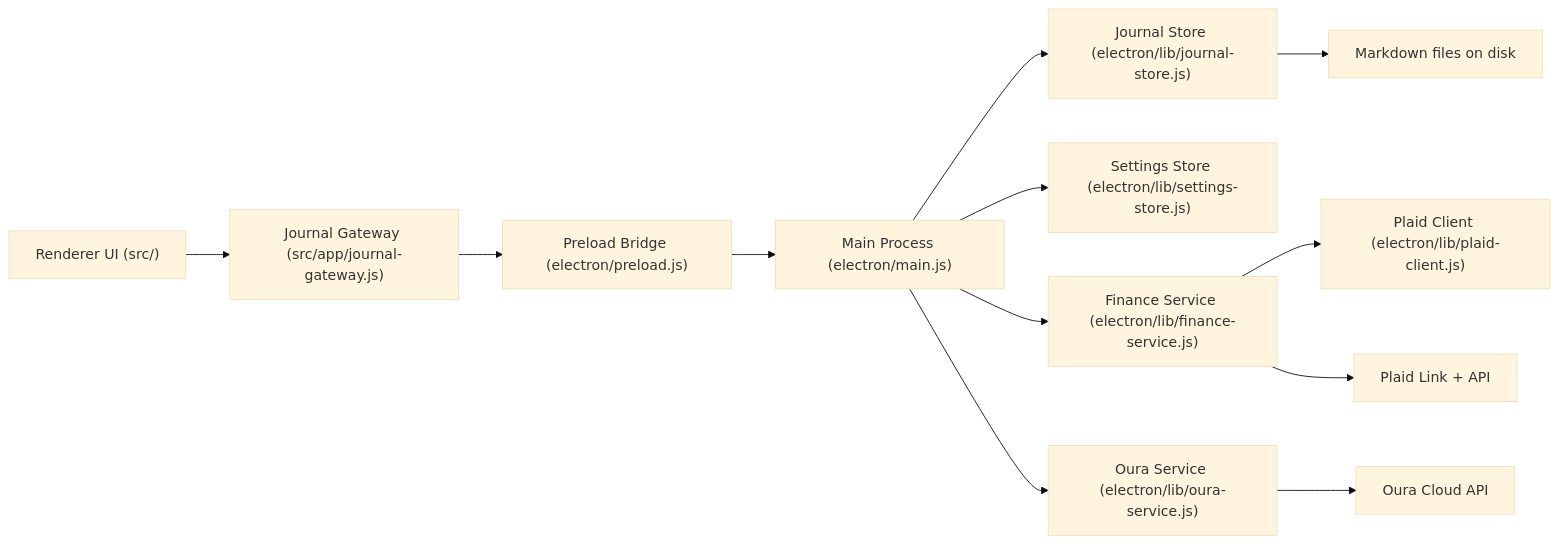
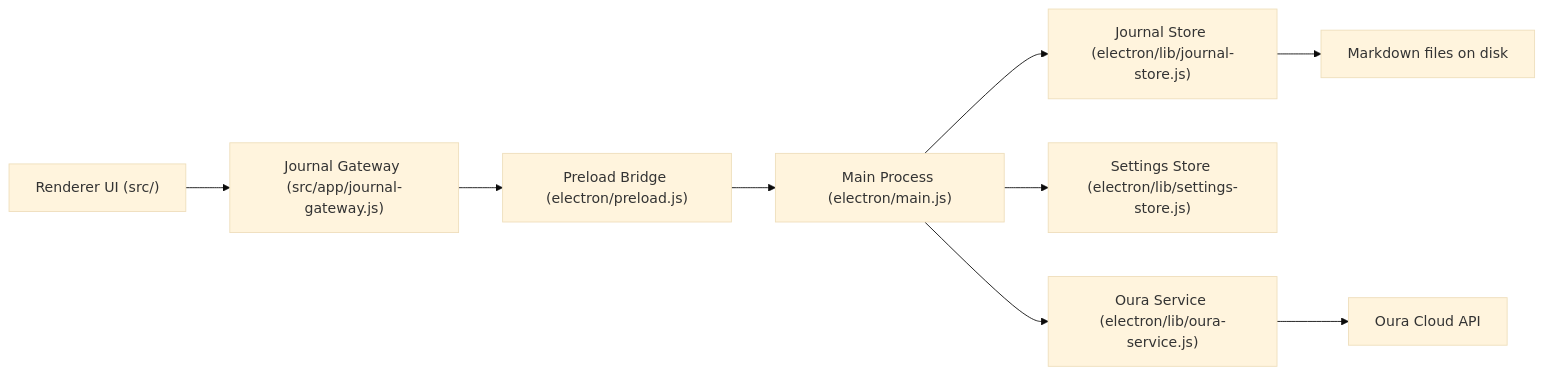
One commit to liuwilliam424/billbook changed the diagram in README.md. Above: the diagram before and after it, drawn with Mermaid (base theme). The commit also changed other lines of this file and 20 other files, not shown here.

Commit message:
Remove Plaid finance integration

````diff
--- a/README.md
+++ b/README.md
@@ -25,14 +25,11 @@
 ```mermaid
 flowchart LR
   A["Renderer UI (src/)"] --> B["Journal Gateway (src/app/journal-gateway.js)"]
   B --> C["Preload Bridge (electron/preload.js)"]
   C --> D["Main Process (electron/main.js)"]
   D --> E["Journal Store (electron/lib/journal-store.js)"]
   D --> F["Settings Store (electron/lib/settings-store.js)"]
-  D --> H["Finance Service (electron/lib/finance-service.js)"]
-  H --> L["Plaid Client (electron/lib/plaid-client.js)"]
   D --> J["Oura Service (electron/lib/oura-service.js)"]
   E --> G["Markdown files on disk"]
-  H --> I["Plaid Link + API"]
   J --> K["Oura Cloud API"]
 ```
````
